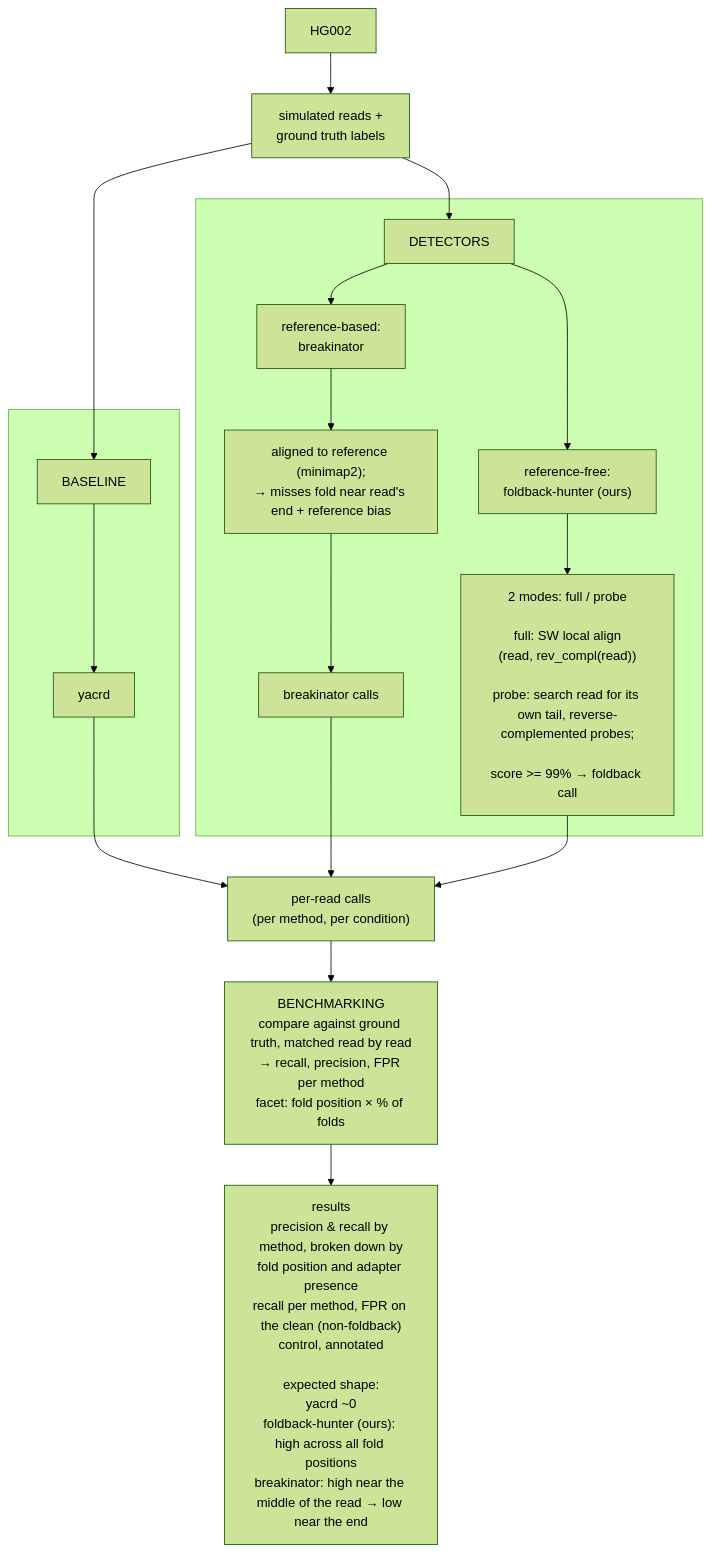
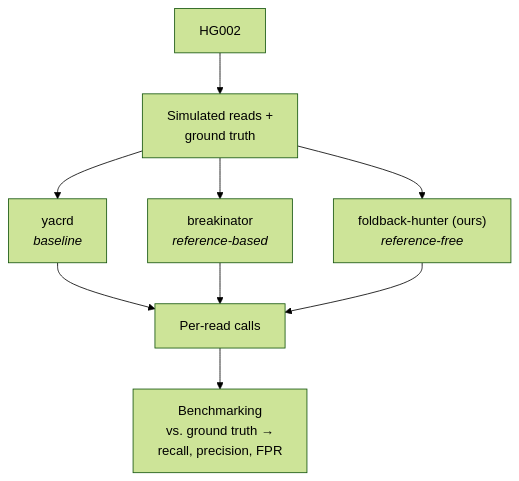
The first of 4 diagrams in charts.md (collaborativebioinformatics/Foldback_hunters), drawn with Mermaid (forest theme) before and after one commit. The commit also changed other lines of this file, not shown here.

````diff
--- a/charts.md
+++ b/charts.md
@@ -3,29 +3,14 @@
 ```mermaid
 flowchart TD
-    B1[HG002] --> B2[simulated reads +<br/>ground truth labels]
+    B1[HG002] --> B2[Simulated reads +<br/>ground truth]
 
-    B2 --> Bhead["BASELINE"]
-    B2 --> Chead["DETECTORS"]
+    B2 --> BASE[yacrd<br/><i>baseline</i>]
+    B2 --> RB["breakinator<br/><i>reference-based</i>"]
+    B2 --> RF["foldback-hunter (ours)<br/><i>reference-free</i>"]
 
-    subgraph Bblock [" "]
-        Bhead --> yacrd[yacrd]
-    end
+    BASE --> CALLS[Per-read calls]
+    RB --> CALLS
+    RF --> CALLS
 
-    subgraph Cblock [" "]
-        Chead --> RB["reference-based:<br/>breakinator"]
-        Chead --> RF["reference-free:<br/>foldback-hunter (ours)"]
-
-        RB --> RBdesc["aligned to reference (minimap2);<br/>→ misses fold near read's end + reference bias"]
-        RBdesc --> RBcalls[breakinator calls]
-
-        RF --> RFdesc["2 modes: full / probe<br/><br/>full: SW local align</br> (read, rev_compl(read)) <br/><br/>probe: search read for its own tail, reverse-complemented probes;<br/><br/>score >= 99% → foldback call"]
-    end
-
-    yacrd --> perread["per-read calls<br/>(per method, per condition)"]
-    RBcalls --> perread
-    RFdesc --> perread
-
-    perread --> D["BENCHMARKING<br/>compare against ground truth, matched read by read<br/>→ recall, precision, FPR per method<br/>facet: fold position × % of folds"]
-
-    D --> results["results<br/>precision & recall by method, broken down by<br/>fold position and adapter presence<br/>recall per method, FPR on the clean (non-foldback)<br/>control, annotated<br/><br/>expected shape:<br/>yacrd ~0<br/>foldback-hunter (ours): high across all fold positions<br/>breakinator: high near the middle of the read → low near the end"]
+    CALLS --> D["Benchmarking<br/>vs. ground truth →<br/>recall, precision, FPR"]
 ```
````
